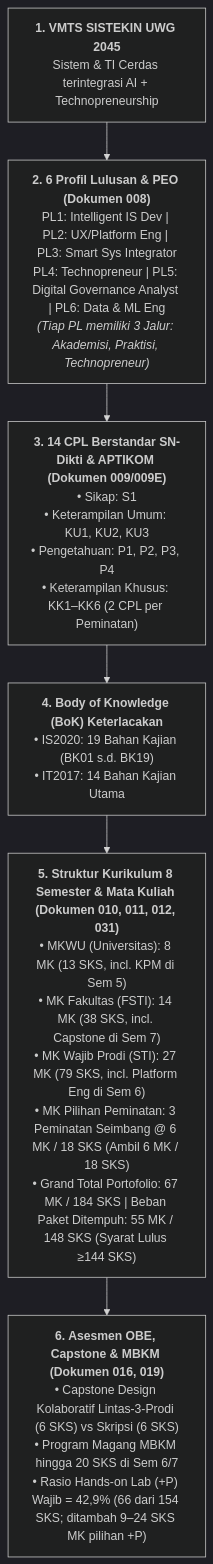
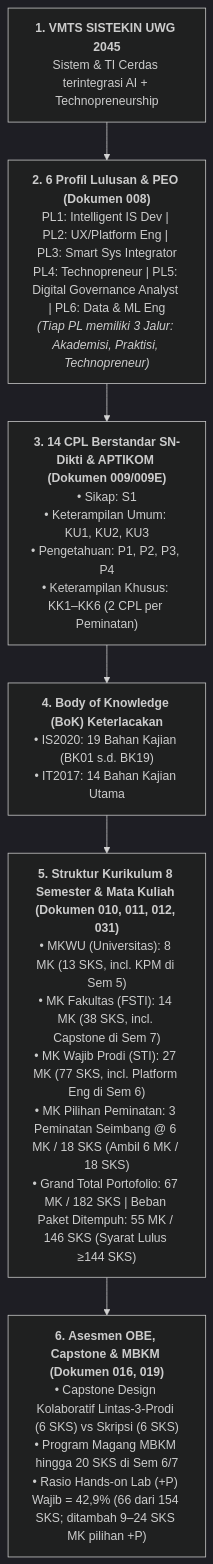
The diagram in KURIKULUM2026_ZCODE/020_ANALISIS_KESELARASAN_KURIKULUM_OBE_SISTEKIN.md (roniwahyu/--BRAINSTORMING_KURIKULUM2026), drawn with Mermaid (dark theme) before and after one commit. The commit also changed other lines of this file and 38 other files, not shown here.

````diff
--- a/KURIKULUM2026_ZCODE/020_ANALISIS_KESELARASAN_KURIKULUM_OBE_SISTEKIN.md
+++ b/KURIKULUM2026_ZCODE/020_ANALISIS_KESELARASAN_KURIKULUM_OBE_SISTEKIN.md
@@ -12,13 +12,13 @@
 ```mermaid
 graph TD
     VMTS["<b>1. VMTS SISTEKIN UWG 2045</b><br/>Sistem & TI Cerdas terintegrasi AI + Technopreneurship"]
     --> PL["<b>2. 6 Profil Lulusan & PEO (Dokumen 008)</b><br/>PL1: Intelligent IS Dev | PL2: UX/Platform Eng | PL3: Smart Sys Integrator<br/>PL4: Technopreneur | PL5: Digital Governance Analyst | PL6: Data & ML Eng<br/><i>(Tiap PL memiliki 3 Jalur: Akademisi, Praktisi, Technopreneur)</i>"]
     
     PL --> CPL["<b>3. 14 CPL Berstandar SN-Dikti & APTIKOM (Dokumen 009/009E)</b><br/>• Sikap: S1<br/>• Keterampilan Umum: KU1, KU2, KU3<br/>• Pengetahuan: P1, P2, P3, P4<br/>• Keterampilan Khusus: KK1–KK6 (2 CPL per Peminatan)"]
     
     CPL --> BOK["<b>4. Body of Knowledge (BoK) Keterlacakan</b><br/>• IS2020: 19 Bahan Kajian (BK01 s.d. BK19)<br/>• IT2017: 14 Bahan Kajian Utama"]
     
-    BOK --> STRUKTUR["<b>5. Struktur Kurikulum 8 Semester & Mata Kuliah (Dokumen 010, 011, 012, 031)</b><br/>• MKWU (Universitas): 8 MK (13 SKS, incl. KPM di Sem 5)<br/>• MK Fakultas (FSTI): 14 MK (38 SKS, incl. Capstone di Sem 7)<br/>• MK Wajib Prodi (STI): 27 MK (79 SKS, incl. Platform Eng di Sem 6)<br/>• MK Pilihan Peminatan: 3 Peminatan Seimbang @ 6 MK / 18 SKS (Ambil 6 MK / 18 SKS)<br/>• Grand Total Portofolio: 67 MK / 184 SKS | Beban Paket Ditempuh: 55 MK / 148 SKS (Syarat Lulus ≥144 SKS)"]
+    BOK --> STRUKTUR["<b>5. Struktur Kurikulum 8 Semester & Mata Kuliah (Dokumen 010, 011, 012, 031)</b><br/>• MKWU (Universitas): 8 MK (13 SKS, incl. KPM di Sem 5)<br/>• MK Fakultas (FSTI): 14 MK (38 SKS, incl. Capstone di Sem 7)<br/>• MK Wajib Prodi (STI): 27 MK (77 SKS, incl. Platform Eng di Sem 6)<br/>• MK Pilihan Peminatan: 3 Peminatan Seimbang @ 6 MK / 18 SKS (Ambil 6 MK / 18 SKS)<br/>• Grand Total Portofolio: 67 MK / 182 SKS | Beban Paket Ditempuh: 55 MK / 146 SKS (Syarat Lulus ≥144 SKS)"]
     
     STRUKTUR --> ASSESS["<b>6. Asesmen OBE, Capstone & MBKM (Dokumen 016, 019)</b><br/>• Capstone Design Kolaboratif Lintas-3-Prodi (6 SKS) vs Skripsi (6 SKS)<br/>• Program Magang MBKM hingga 20 SKS di Sem 6/7<br/>• Rasio Hands-on Lab (+P) Wajib = 42,9% (66 dari 154 SKS; ditambah 9–24 SKS MK pilihan +P)"]
 ```
````
